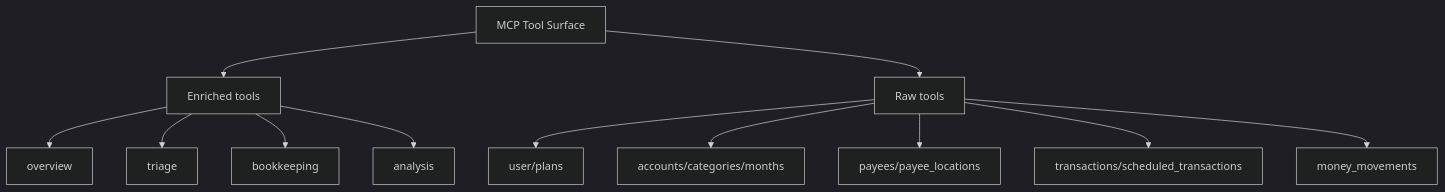
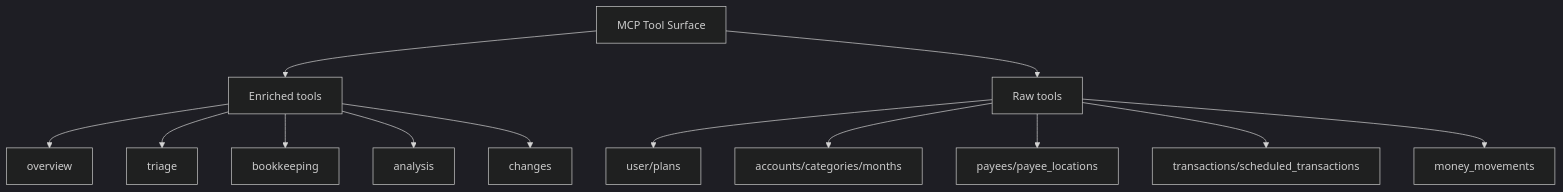
Before and after one commit to hs737/mcp-server-for-ynab: the diagram in docs/tool-surface.md, drawn with Mermaid (dark theme). The commit also changed other lines of this file and 45 other files, not shown here.

````diff
--- a/docs/tool-surface.md
+++ b/docs/tool-surface.md
@@ -20,14 +20,15 @@
 ```mermaid
 flowchart TD
     A["MCP Tool Surface"] --> B["Enriched tools"]
     A --> C["Raw tools"]
     B --> D["overview"]
     B --> E["triage"]
     B --> F["bookkeeping"]
     B --> G["analysis"]
+    B --> S["changes"]
     C --> H["user/plans"]
     C --> I["accounts/categories/months"]
     C --> J["payees/payee_locations"]
     C --> K["transactions/scheduled_transactions"]
     C --> L["money_movements"]
 ```
````
